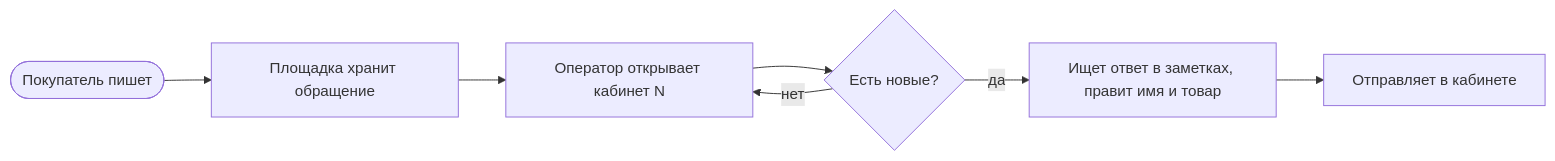
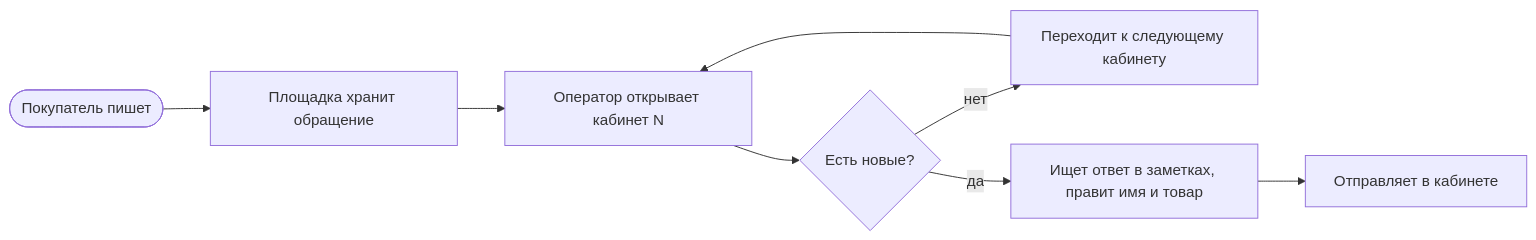
One commit to Georgy213123/sellerdesk changed the first of 2 diagrams in docs/02-analysis/processes.md. Above: the diagram before and after it, drawn with Mermaid. The commit also changed 13 other files, not shown here.

````diff
--- a/docs/02-analysis/processes.md
+++ b/docs/02-analysis/processes.md
@@ -7,9 +7,9 @@
 ```mermaid
 flowchart LR
     A([Покупатель пишет]) --> B[Площадка хранит обращение]
     B --> C[Оператор открывает кабинет N]
     C --> D{Есть новые?}
-    D -- нет --> C
+    D -- нет --> N[Переходит к следующему кабинету] --> C
     D -- да --> F[Ищет ответ в заметках, правит имя и товар]
     F --> H[Отправляет в кабинете]
 ```
````
